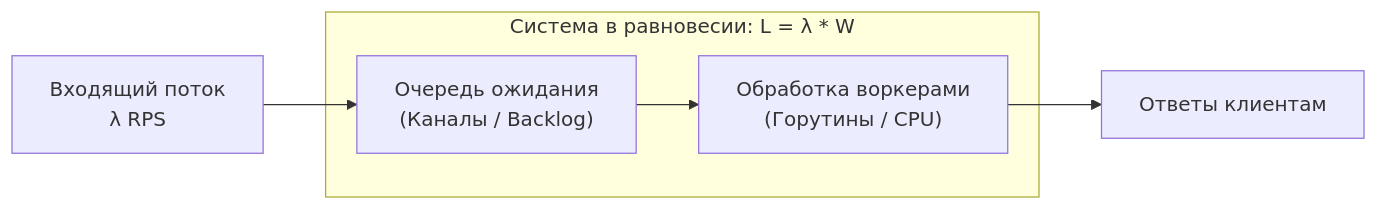
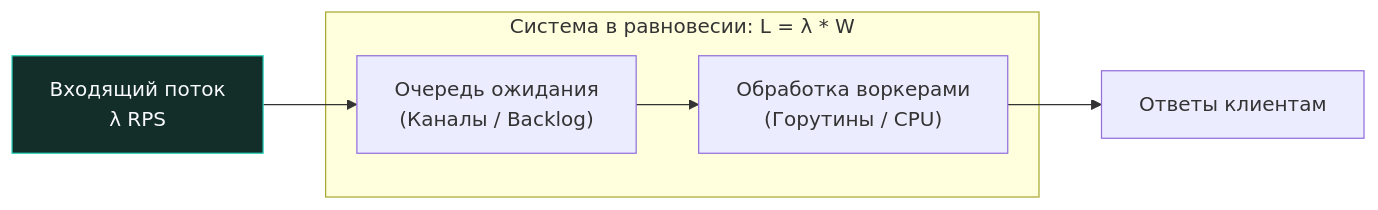
One commit to UnrealTemplier/go-textbook changed the second of 3 diagrams in sources/11. Архитектура и System Design/5. Latency, Throughput, Availability и Trade-offs.md. Above: the diagram before and after it, drawn with Mermaid. The commit also changed other lines of this file and 1666 other files, not shown here.

First line of the commit message:
feat(mermaid): add semantic color classDef to 1369 colorless flowchart/graph diagrams

````diff
--- a/sources/11. Архитектура и System Design/5. Latency, Throughput, Availability и Trade-offs.md
+++ b/sources/11. Архитектура и System Design/5. Latency, Throughput, Availability и Trade-offs.md
@@ -80,11 +90,21 @@
 ```mermaid
 flowchart LR
-    In["Входящий поток<br>λ RPS"] --> Queue["Очередь ожидания<br>(Каналы / Backlog)"]
+    classDef process  fill:#1e293b,stroke:#38bdf8,stroke-width:1px,color:#f8fafc
+    classDef success  fill:#064e3b,stroke:#34d399,stroke-width:1px,color:#f8fafc
+    classDef error    fill:#7f1d1d,stroke:#f87171,stroke-width:1px,color:#f8fafc
+    classDef warning  fill:#78350f,stroke:#fbbf24,stroke-width:1px,color:#f8fafc
+    classDef entry    fill:#1e3a5f,stroke:#38bdf8,stroke-width:2px,color:#f8fafc
+    classDef aux      fill:#334155,stroke:#64748b,stroke-width:1px,color:#f8fafc
+    classDef system   fill:#312e81,stroke:#a78bfa,stroke-width:1px,color:#f8fafc
+    classDef data     fill:#132d29,stroke:#2dd4bf,stroke-width:1px,color:#f8fafc
+    classDef network  fill:#881337,stroke:#fb7185,stroke-width:1px,color:#f8fafc
+    classDef accent   fill:#1e1b4b,stroke:#818cf8,stroke-width:1px,color:#f8fafc
+    In["Входящий поток<br>λ RPS"]:::data --> Queue["Очередь ожидания<br>(Каналы / Backlog)"]
     Queue --> Srv["Обработка воркерами<br>(Горутины / CPU)"]
     Srv --> Out["Ответы клиентам"]
     
     subgraph System["Система в равновесии: L = λ * W"]
         Queue
         Srv
     end
 ```
````
